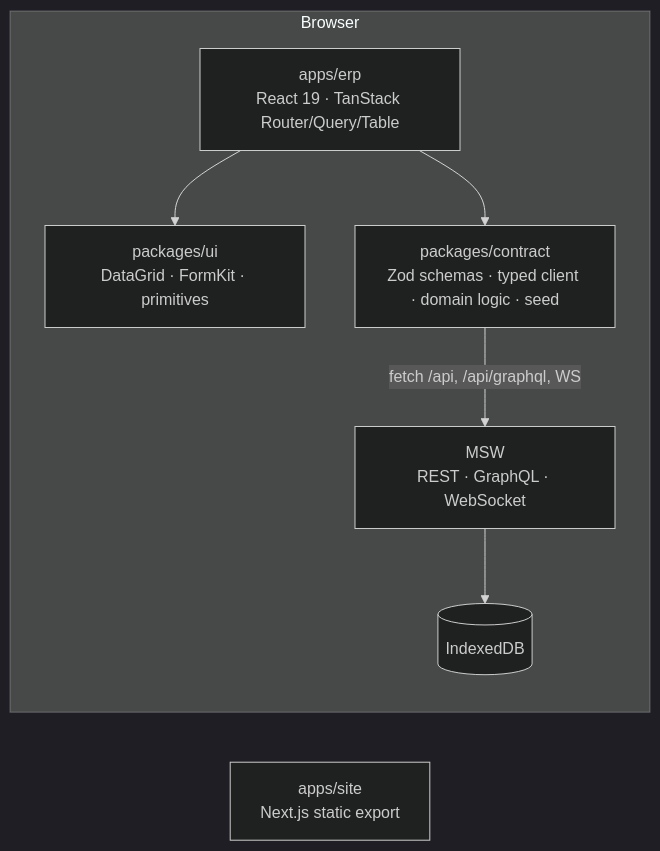
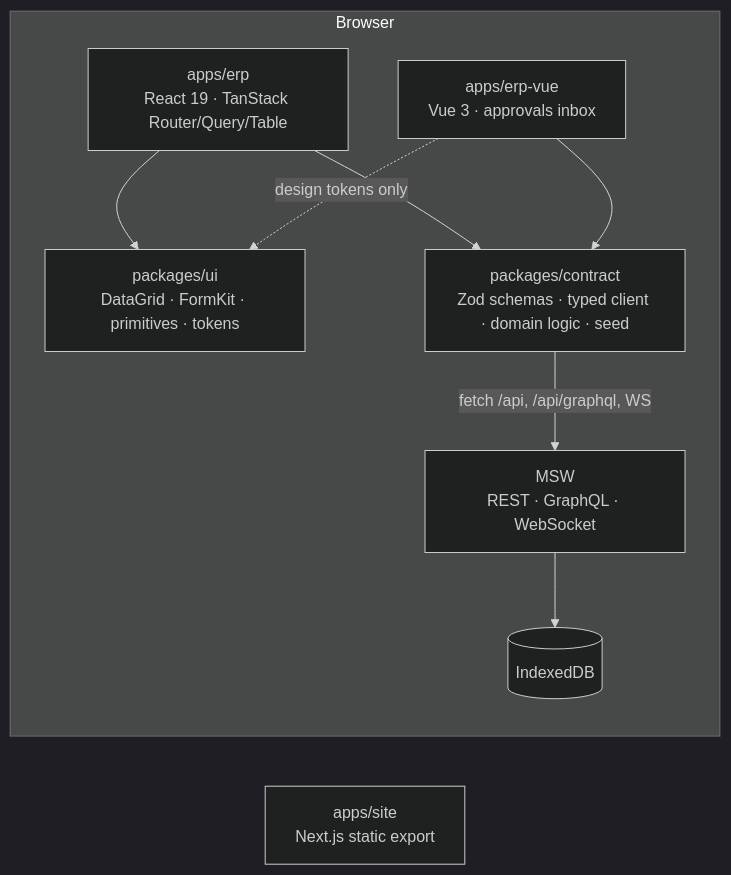
Before and after one commit to HuyPhat/Mekong-ERP: the diagram in README.md, drawn with Mermaid (dark theme). The commit also changed other lines of this file and 7 other files, not shown here.

````diff
--- a/README.md
+++ b/README.md
@@ -57,15 +81,18 @@
 ```mermaid
 flowchart LR
   subgraph browser[Browser]
     erp[apps/erp<br/>React 19 · TanStack Router/Query/Table]
-    ui[packages/ui<br/>DataGrid · FormKit · primitives]
+    vue[apps/erp-vue<br/>Vue 3 · approvals inbox]
+    ui[packages/ui<br/>DataGrid · FormKit · primitives · tokens]
     contract[packages/contract<br/>Zod schemas · typed client · domain logic · seed]
     msw[MSW<br/>REST · GraphQL · WebSocket]
     idb[(IndexedDB)]
     erp --> ui
     erp --> contract
+    vue --> contract
+    vue -.->|design tokens only| ui
     contract -->|fetch /api, /api/graphql, WS| msw
     msw --> idb
   end
   site[apps/site<br/>Next.js static export]
 ```
````
